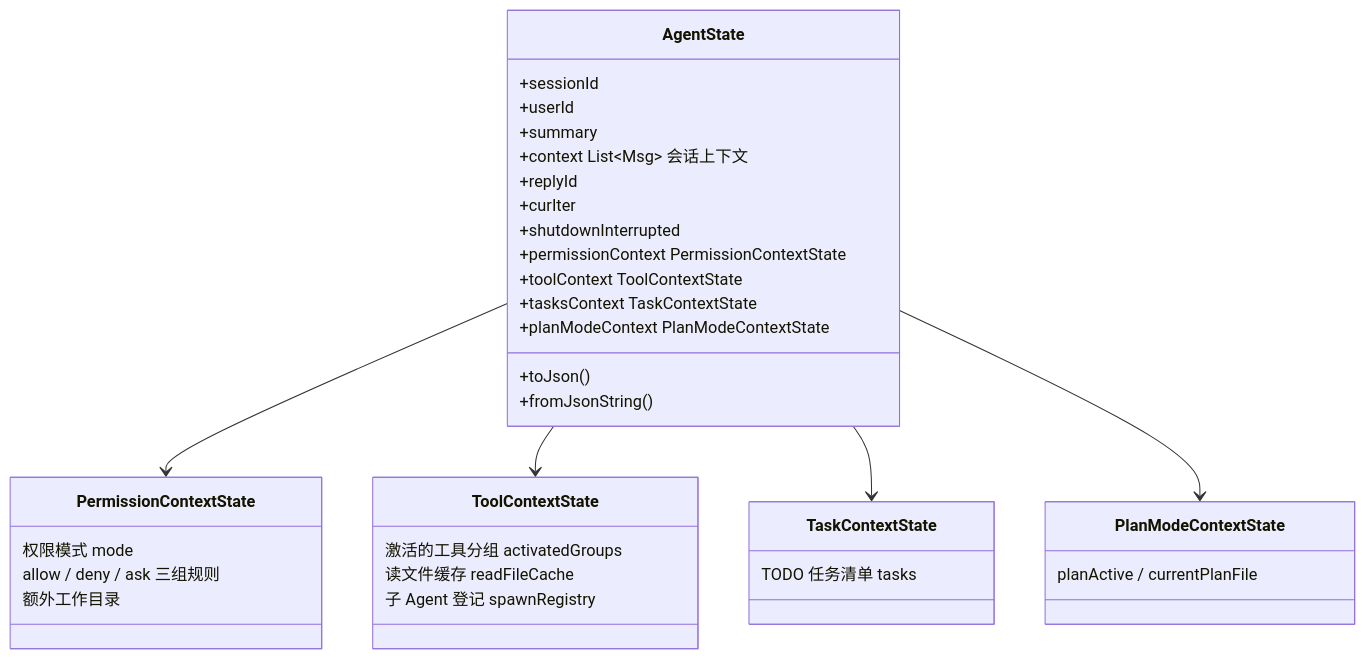
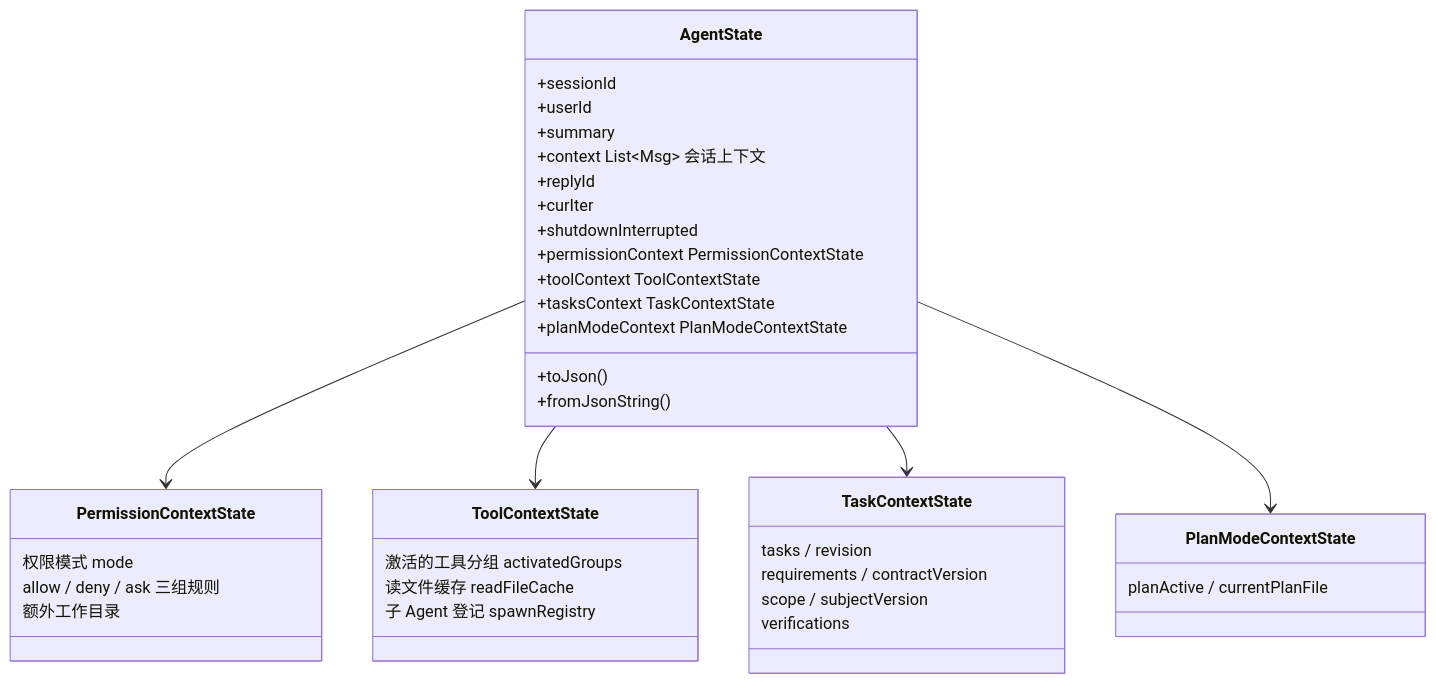
One commit to liulangjietou/AgentScope-source-analysis changed the second of 6 diagrams in 02-消息与状态模型.md. Above: the diagram before and after it, drawn with Mermaid. The commit also changed other lines of this file and 13 other files, not shown here.

Commit message:
docs: align source guide and diagrams with main dcb131a3

````diff
--- a/02-消息与状态模型.md
+++ b/02-消息与状态模型.md
@@ -120,38 +124,41 @@
 ```mermaid
 classDiagram
     class AgentState {
         +sessionId
         +userId
         +summary
         +context List~Msg~ 会话上下文
         +replyId
         +curIter
         +shutdownInterrupted
         +permissionContext PermissionContextState
         +toolContext ToolContextState
         +tasksContext TaskContextState
         +planModeContext PlanModeContextState
         +toJson()
         +fromJsonString()
     }
     class PermissionContextState {
         权限模式 mode
         allow / deny / ask 三组规则
         额外工作目录
     }
     class ToolContextState {
         激活的工具分组 activatedGroups
         读文件缓存 readFileCache
         子 Agent 登记 spawnRegistry
     }
     class TaskContextState {
-        TODO 任务清单 tasks
+        tasks / revision
+        requirements / contractVersion
+        scope / subjectVersion
+        verifications
     }
     class PlanModeContextState {
         planActive / currentPlanFile
     }
     AgentState --> PermissionContextState
     AgentState --> ToolContextState
     AgentState --> TaskContextState
     AgentState --> PlanModeContextState
 ```
````
